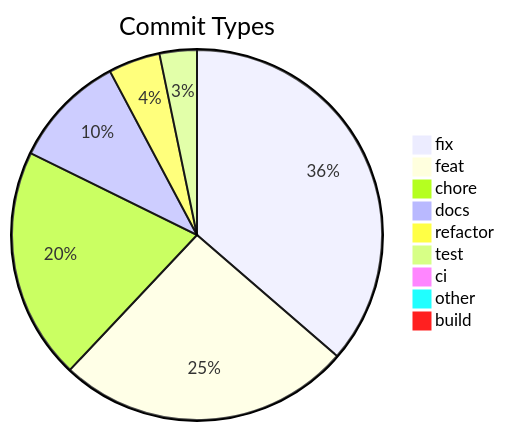
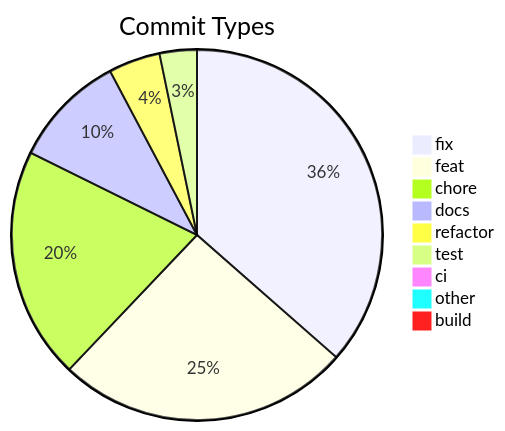
The diagram in .shipwright/compliance/change-history.md (svenroth-ai/shipwright-webui), drawn with Mermaid before and after one commit. The commit also changed other lines of this file and 16 other files, not shown here.

````diff
--- a/.shipwright/compliance/change-history.md
+++ b/.shipwright/compliance/change-history.md
@@ -8,12 +8,12 @@
 ```mermaid
 pie title Commit Types
-    "fix" : 201
+    "fix" : 202
     "feat" : 142
     "chore" : 112
     "docs" : 55
     "refactor" : 25
     "test" : 18
     "ci" : 5
     "other" : 4
     "build" : 1
 ```
````
